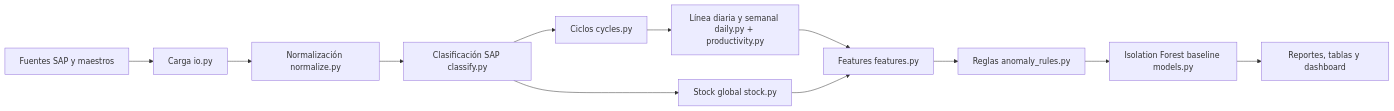
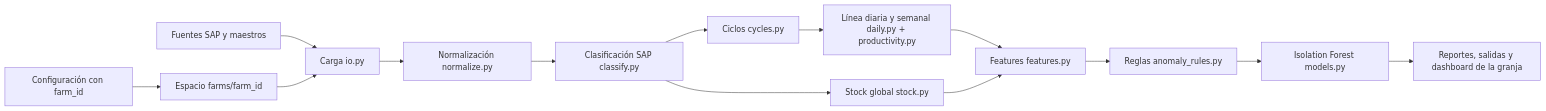
Before and after one commit to AnalistaBI25/Postura-Anomalias: the first of 2 diagrams in docs/architecture.md, drawn with Mermaid. The commit also changed other lines of this file and 57 other files, not shown here.

````diff
--- a/docs/architecture.md
+++ b/docs/architecture.md
@@ -5,14 +5,16 @@
 ```mermaid
 flowchart LR
-    A[Fuentes SAP y maestros] --> B[Carga io.py]
-    B --> C[Normalización normalize.py]
-    C --> D[Clasificación SAP classify.py]
-    D --> E[Ciclos cycles.py]
-    E --> F[Línea diaria y semanal daily.py + productivity.py]
-    D --> G[Stock global stock.py]
-    F --> H[Features features.py]
-    G --> H
-    H --> I[Reglas anomaly_rules.py]
-    I --> J[Isolation Forest baseline models.py]
-    J --> K[Reportes, tablas y dashboard]
+    A[Configuración con farm_id] --> B[Espacio farms/farm_id]
+    C[Fuentes SAP y maestros] --> D[Carga io.py]
+    B --> D
+    D --> E[Normalización normalize.py]
+    E --> F[Clasificación SAP classify.py]
+    F --> G[Ciclos cycles.py]
+    G --> H[Línea diaria y semanal daily.py + productivity.py]
+    F --> I[Stock global stock.py]
+    H --> J[Features features.py]
+    I --> J
+    J --> K[Reglas anomaly_rules.py]
+    K --> L[Isolation Forest models.py]
+    L --> M[Reportes, salidas y dashboard de la granja]
 ```
````
